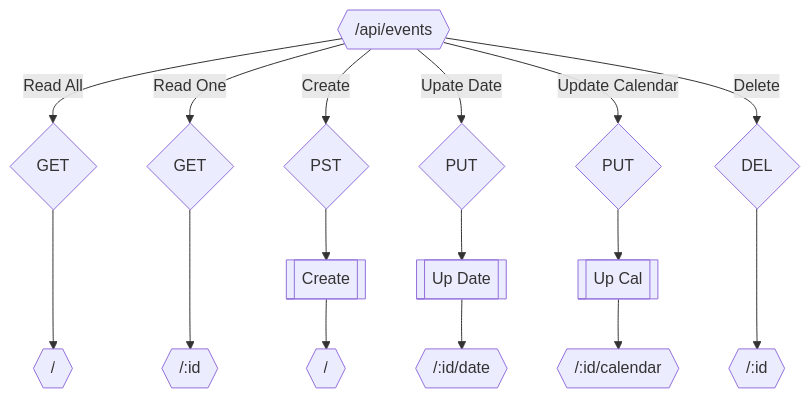
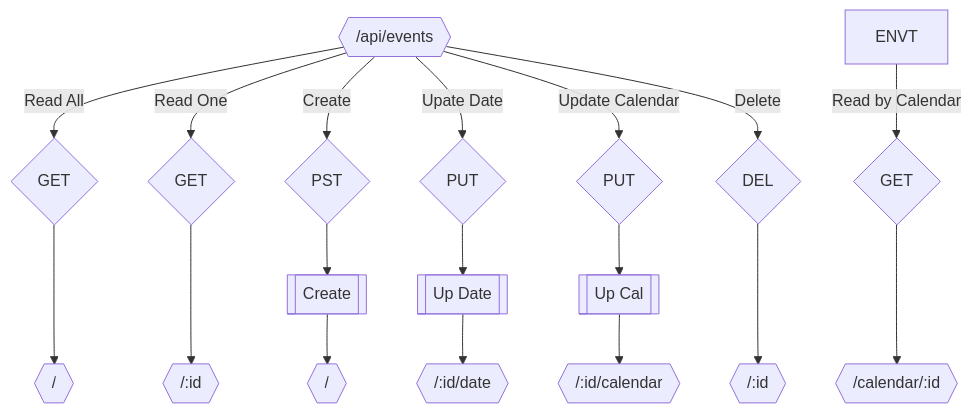
One commit to helix-medical/helix changed the diagram in docs/api/events.md. Above: the diagram before and after it, drawn with Mermaid.

Commit message:
Add route of calendar

````diff
--- a/docs/api/events.md
+++ b/docs/api/events.md
@@ -5,19 +5,20 @@
 ```mermaid
 flowchart TB
  EVNT{{/api/events}} -- Read All --> MRAEVT{GET} ---> EVNT_READALL{{/}}
  EVNT -- Read One --> MROEVT{GET} ---> EVNT_READONE{{/:id}}
+ ENVT -- Read by Calendar --> MRCAL{GET} ---> EVNT_READCAL{{/calendar/:id}}
  EVNT -- Create --> MCEVT{PST} --> MWCEVT[[Create]] --> EVNT_CREATE{{/}}
  EVNT -- Upate Date --> MUDEVT{PUT} --> MWUDEVT[[Up Date]] --> EVNT_UPDATE{{/:id/date}}
  EVNT -- Update Calendar --> MUCEVT{PUT} --> MWUCEVT[[Up Cal]] --> EVNT_UPCAL{{/:id/calendar}}
  EVNT -- Delete --> MDEVT{DEL} ---> EVNT_DEL{{/:id}}
 
  click MWCEVT "#create"
  click MWUDEVT "#update-date"
  click MWUCEVT "#update-calendar"
  click EVNT_READALL "#read-all"
  click EVNT_READONE "#read-one"
  click EVNT_CREATE "#create-endpoint"
  click EVNT_UPDATE "#update-date-endpoint"
  click EVNT_UPCAL "#update-calendar-endpoint"
  click EVNT_DEL "#delete"
 ```
````
